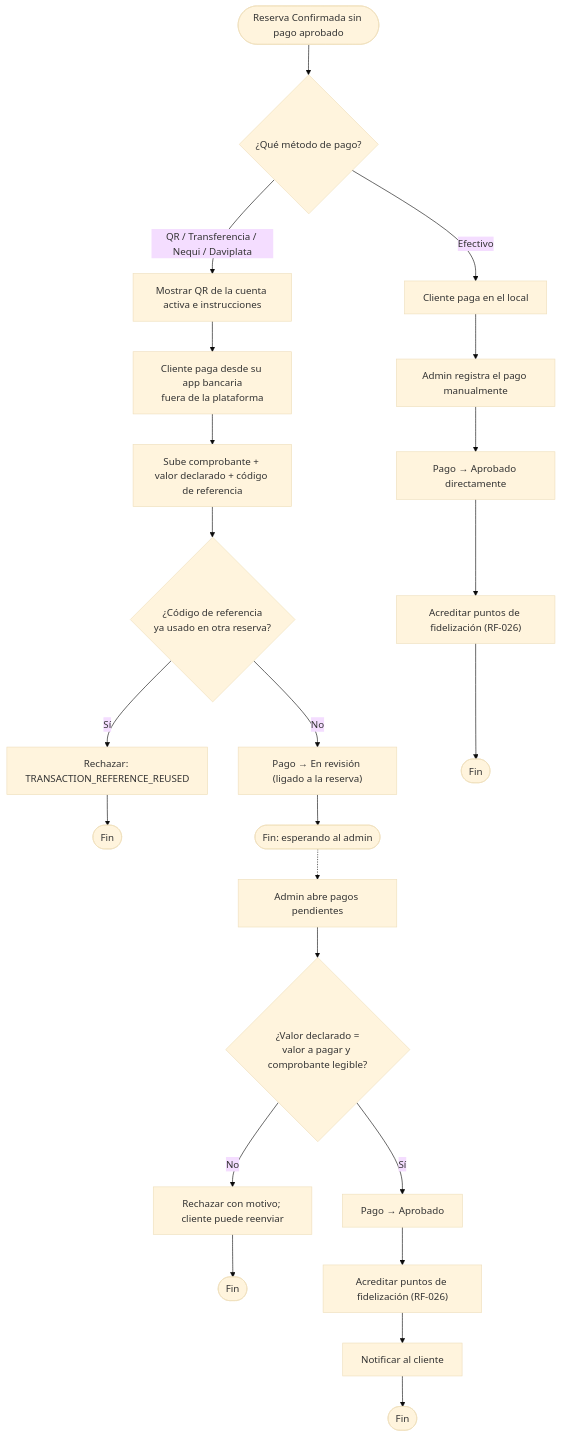
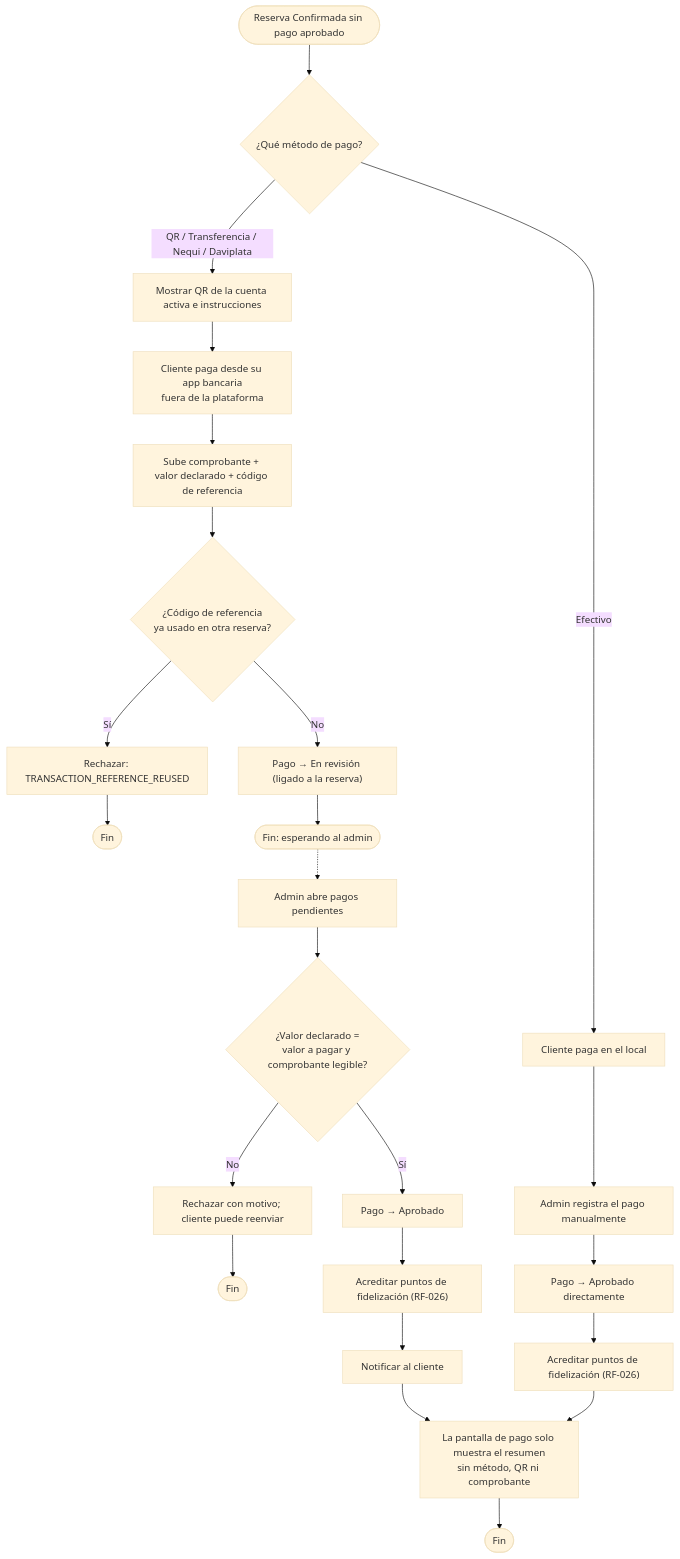
Before and after one commit to BrayanCABRERA123/lavarapido-docs: diagram 18 of 26 in 02_DOCUMENTACION_DE_ANALISIS_DEL_SOFTWARE/ES/MD/documentacion-de-analisis-del-software.md, drawn with Mermaid (base theme). The commit also changed other lines of this file and 7 other files, not shown here.

Commit message:
docs(analysis): correct sequences and states against the code and redraw the diagrams (2.3)

````diff
--- a/02_DOCUMENTACION_DE_ANALISIS_DEL_SOFTWARE/ES/MD/documentacion-de-analisis-del-software.md
+++ b/02_DOCUMENTACION_DE_ANALISIS_DEL_SOFTWARE/ES/MD/documentacion-de-analisis-del-software.md
@@ -735,28 +748,29 @@
 ```mermaid
 flowchart TD
     start([Reserva Confirmada sin pago aprobado]) --> method{¿Qué método de pago?}
 
     method -->|QR / Transferencia / Nequi / Daviplata| showqr[Mostrar QR de la cuenta activa e instrucciones]
     showqr --> extpay[Cliente paga desde su app bancaria<br/>fuera de la plataforma]
     extpay --> upload[Sube comprobante + valor declarado + código de referencia]
     upload --> dup{¿Código de referencia<br/>ya usado en otra reserva?}
     dup -->|Sí| rejectref[Rechazar: TRANSACTION_REFERENCE_REUSED]
     rejectref --> stop1([Fin])
     dup -->|No| inreview["Pago → En revisión (ligado a la reserva)"]
     inreview --> stop2([Fin: esperando al admin])
 
     method -->|Efectivo| cash[Cliente paga en el local]
     cash --> register[Admin registra el pago manualmente]
     register --> approved1["Pago → Aprobado directamente"]
     approved1 --> points1["Acreditar puntos de fidelización (RF-026)"]
-    points1 --> stop3([Fin])
+    points1 --> lockui
 
     stop2 -.-> review[Admin abre pagos pendientes]
     review --> compare{¿Valor declarado =<br/>valor a pagar y comprobante legible?}
     compare -->|No| reject[Rechazar con motivo; cliente puede reenviar]
     reject --> stop4([Fin])
     compare -->|Sí| approve["Pago → Aprobado"]
     approve --> points2["Acreditar puntos de fidelización (RF-026)"]
     points2 --> notifyc[Notificar al cliente]
-    notifyc --> stop5([Fin])
+    notifyc --> lockui[La pantalla de pago solo muestra el resumen<br/>sin método, QR ni comprobante]
+    lockui --> stop5([Fin])
 ```
````
